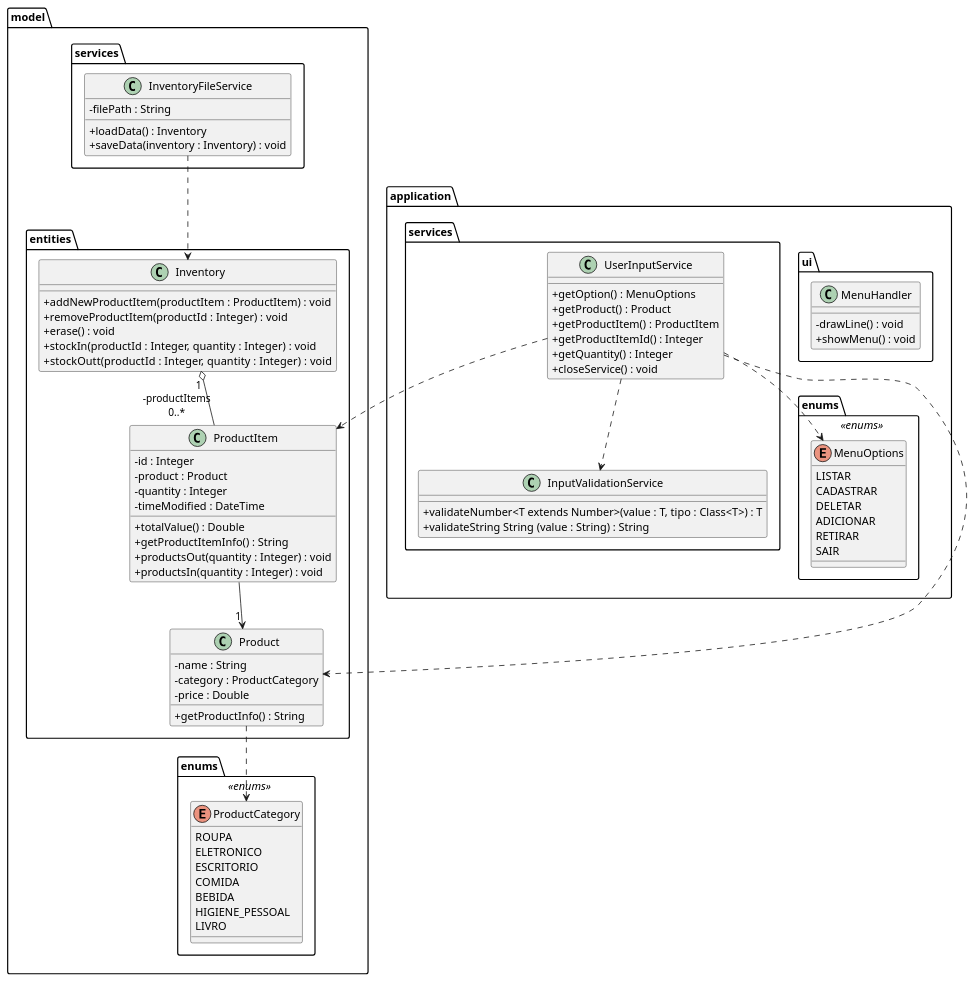
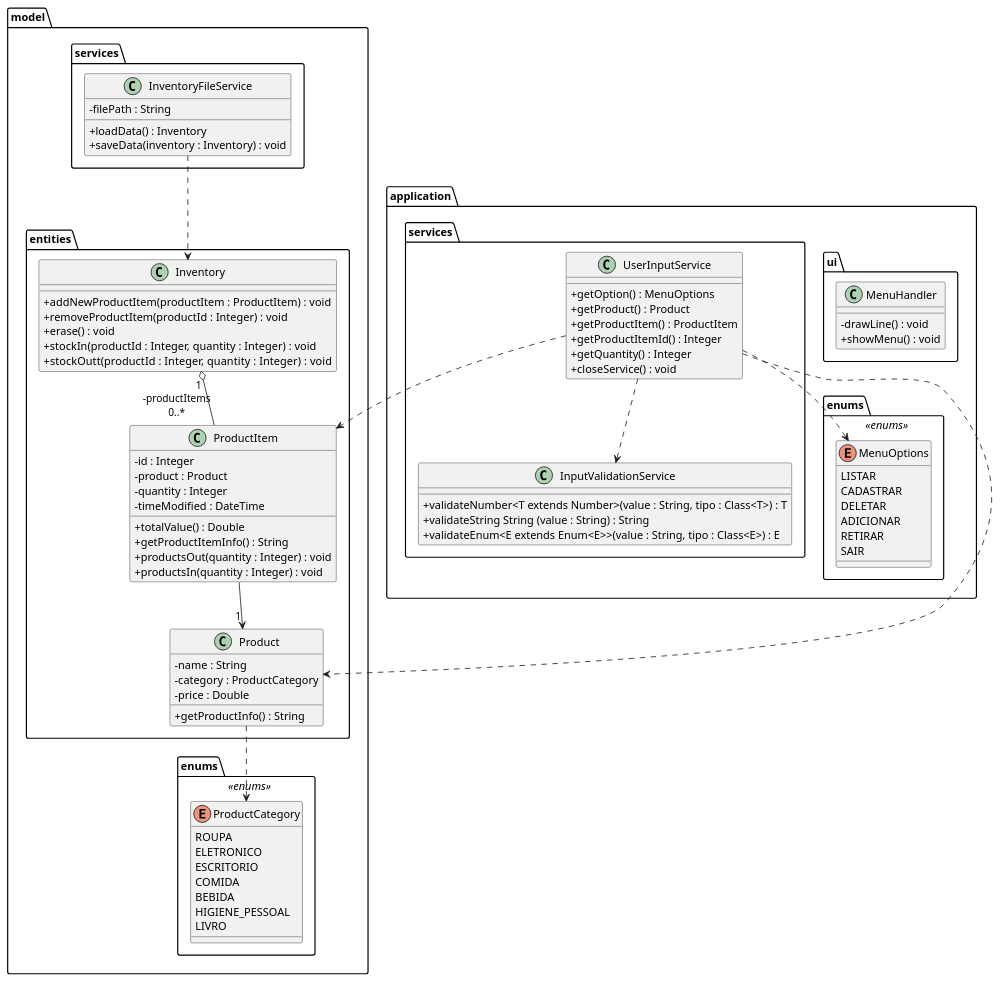
One commit to victormmcouto/java-crud-console changed the diagram in java-crud-console-umlclass.puml. Above: the diagram before and after it, drawn with PlantUML.

Commit message:
fix: Muda tipo de value em validateNumber para String
fix: Retoma método de validação de Enum

```diff
--- a/java-crud-console-umlclass.puml
+++ b/java-crud-console-umlclass.puml
@@ -1,90 +1,91 @@
 @startuml
 skinparam classAttributeIconSize 0
 package model {
   package entities {
     class Product {
       - name : String
       - category : ProductCategory
       - price : Double
       + getProductInfo() : String
     }
     class Inventory {
       + addNewProductItem(productItem : ProductItem) : void
       + removeProductItem(productId : Integer) : void
       + erase() : void
       + stockIn(productId : Integer, quantity : Integer) : void
       + stockOutt(productId : Integer, quantity : Integer) :  void
     }
     class ProductItem {
       - id : Integer
       - product : Product
       - quantity : Integer
       - timeModified : DateTime
       + totalValue() : Double
       + getProductItemInfo() : String
       + productsOut(quantity : Integer) : void
       + productsIn(quantity : Integer) : void
     }
   }
   package services {
       class InventoryFileService {
       - filePath : String
       + loadData() : Inventory
       + saveData(inventory : Inventory) : void
     }
   }
   package enums <<enums>> {
     enum ProductCategory {
       ROUPA
       ELETRONICO
       ESCRITORIO
       COMIDA
       BEBIDA
       HIGIENE_PESSOAL
       LIVRO
     }
   }
 }
 
 package application {
   package application.ui {
     class MenuHandler {
     - drawLine() : void
     + showMenu() : void
     }
   }
   package enums <<enums>> {
     enum MenuOptions {
       LISTAR
       CADASTRAR
       DELETAR
       ADICIONAR
       RETIRAR
       SAIR
     }
   }
   package services {
     class UserInputService {
       + getOption() : MenuOptions
       + getProduct() : Product
       + getProductItem() : ProductItem
       + getProductItemId() : Integer
       + getQuantity() : Integer
       + closeService() : void
     }
     class InputValidationService {
-      + validateNumber<T extends Number>(value : T, tipo : Class<T>) : T
+      + validateNumber<T extends Number>(value : String, tipo : Class<T>) : T
       + validateString String (value : String) : String
+      + validateEnum<E extends Enum<E>>(value : String, tipo : Class<E>) : E
     }
   }
 }
 
 ProductItem --> "\t1" Product
 Inventory "\t1" o-- "-productItems\n0..*" ProductItem
 InventoryFileService ..> Inventory
 Product ..> ProductCategory
 UserInputService ..> MenuOptions
 UserInputService ..> Product
 UserInputService ..> ProductItem
 UserInputService ..> InputValidationService
 @enduml
```
